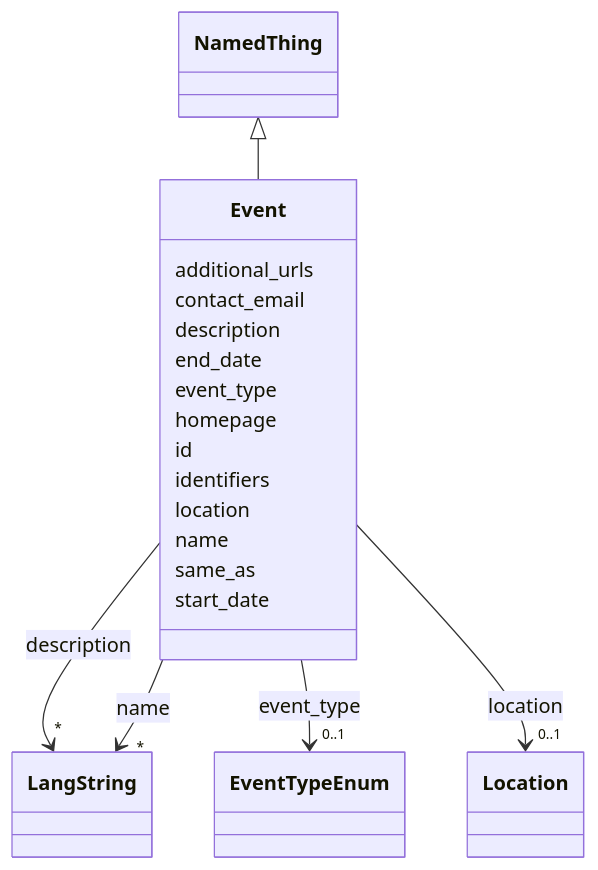
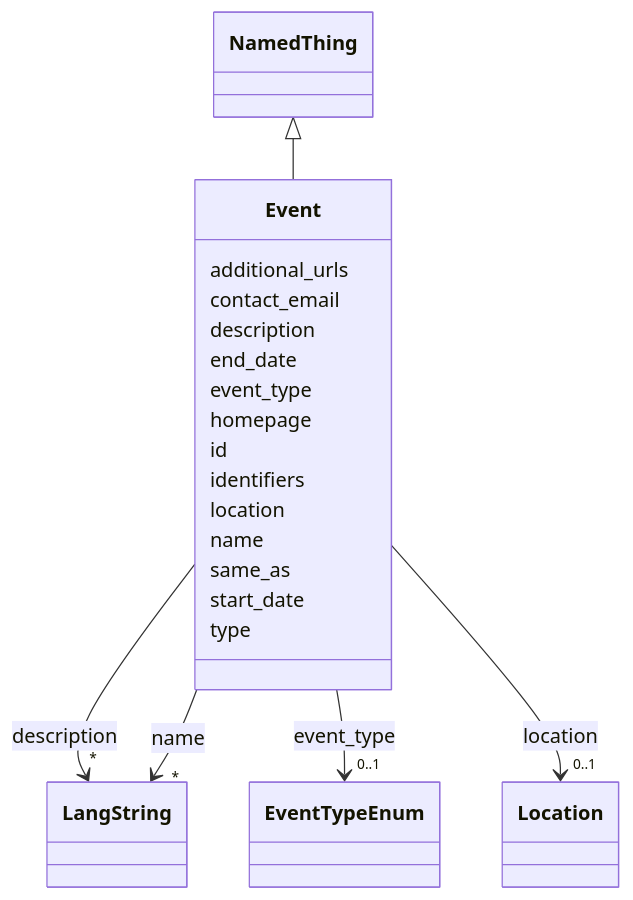
The diagram in docs/classes/Event.md (DARIAH-IL/idhi-manifests), drawn with Mermaid before and after one commit. The commit also changed other lines of this file and 26 other files, not shown here.

````diff
--- a/docs/classes/Event.md
+++ b/docs/classes/Event.md
@@ -23,69 +23,71 @@
 ```mermaid
  classDiagram
     class Event
     click Event href "../../classes/Event/"
       NamedThing <|-- Event
         click NamedThing href "../../classes/NamedThing/"
       
       Event : additional_urls
         
       Event : contact_email
         
       Event : description
         
           
     
         
         
         Event --> "*" LangString : description
         click LangString href "../../classes/LangString/"
     
 
         
       Event : end_date
         
       Event : event_type
         
           
     
         
         
         Event --> "0..1" EventTypeEnum : event_type
         click EventTypeEnum href "../../enums/EventTypeEnum/"
     
 
         
       Event : homepage
         
       Event : id
         
       Event : identifiers
         
       Event : location
         
           
     
         
         
         Event --> "0..1" Location : location
         click Location href "../../classes/Location/"
     
 
         
       Event : name
         
           
     
         
         
         Event --> "*" LangString : name
         click LangString href "../../classes/LangString/"
     
 
         
       Event : same_as
         
       Event : start_date
         
+      Event : type
+        
       
 ```
````
